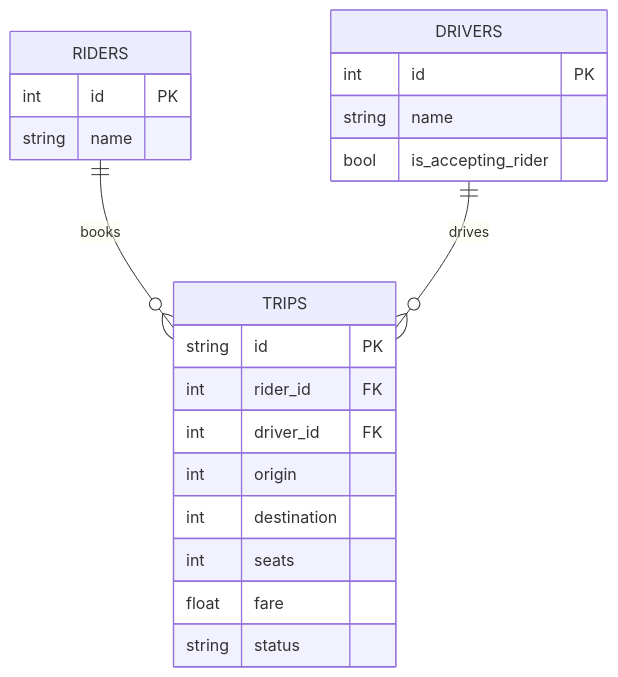
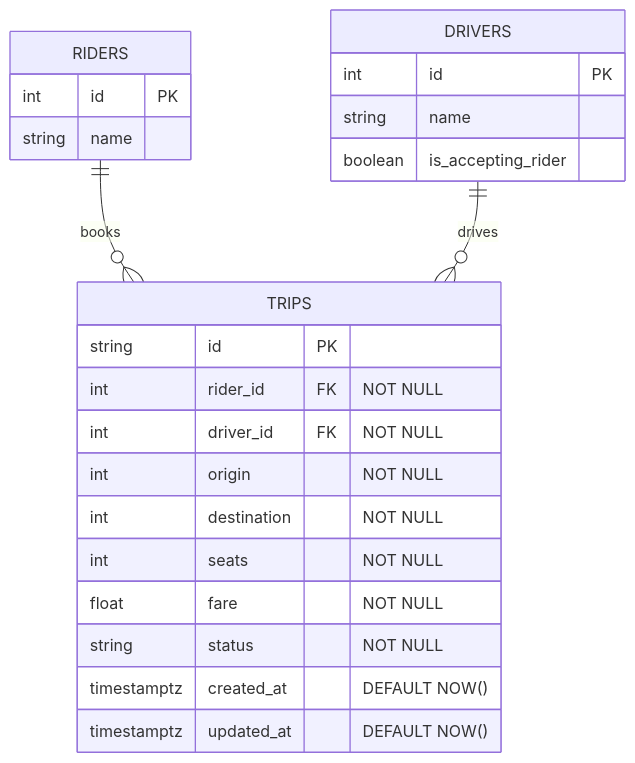
The diagram in sd-diagrams/er-diagram.md (Trishix/Ride-Sharing-System), drawn with Mermaid before and after one commit. The commit also changed other lines of this file and 2 other files, not shown here.

Commit message:
update: enhance ER and sequence diagrams for ride sharing system with improved clarity and detail

````diff
--- a/sd-diagrams/er-diagram.md
+++ b/sd-diagrams/er-diagram.md
@@ -3,25 +3,29 @@
 ```mermaid
 erDiagram
-    RIDERS ||--o{ TRIPS : books
-    DRIVERS ||--o{ TRIPS : drives
+    RIDERS ||--o{ TRIPS : "books"
+    DRIVERS ||--o{ TRIPS : "drives"
 
     RIDERS {
         int id PK
         string name
     }
+
     DRIVERS {
         int id PK
         string name
-        bool is_accepting_rider
+        boolean is_accepting_rider
     }
+
     TRIPS {
         string id PK
-        int rider_id FK
-        int driver_id FK
-        int origin
-        int destination
-        int seats
-        float fare
-        string status
+        int rider_id FK "NOT NULL"
+        int driver_id FK "NOT NULL"
+        int origin "NOT NULL"
+        int destination "NOT NULL"
+        int seats "NOT NULL"
+        float fare "NOT NULL"
+        string status "NOT NULL"
+        timestamptz created_at "DEFAULT NOW()"
+        timestamptz updated_at "DEFAULT NOW()"
     }
 ```
````
